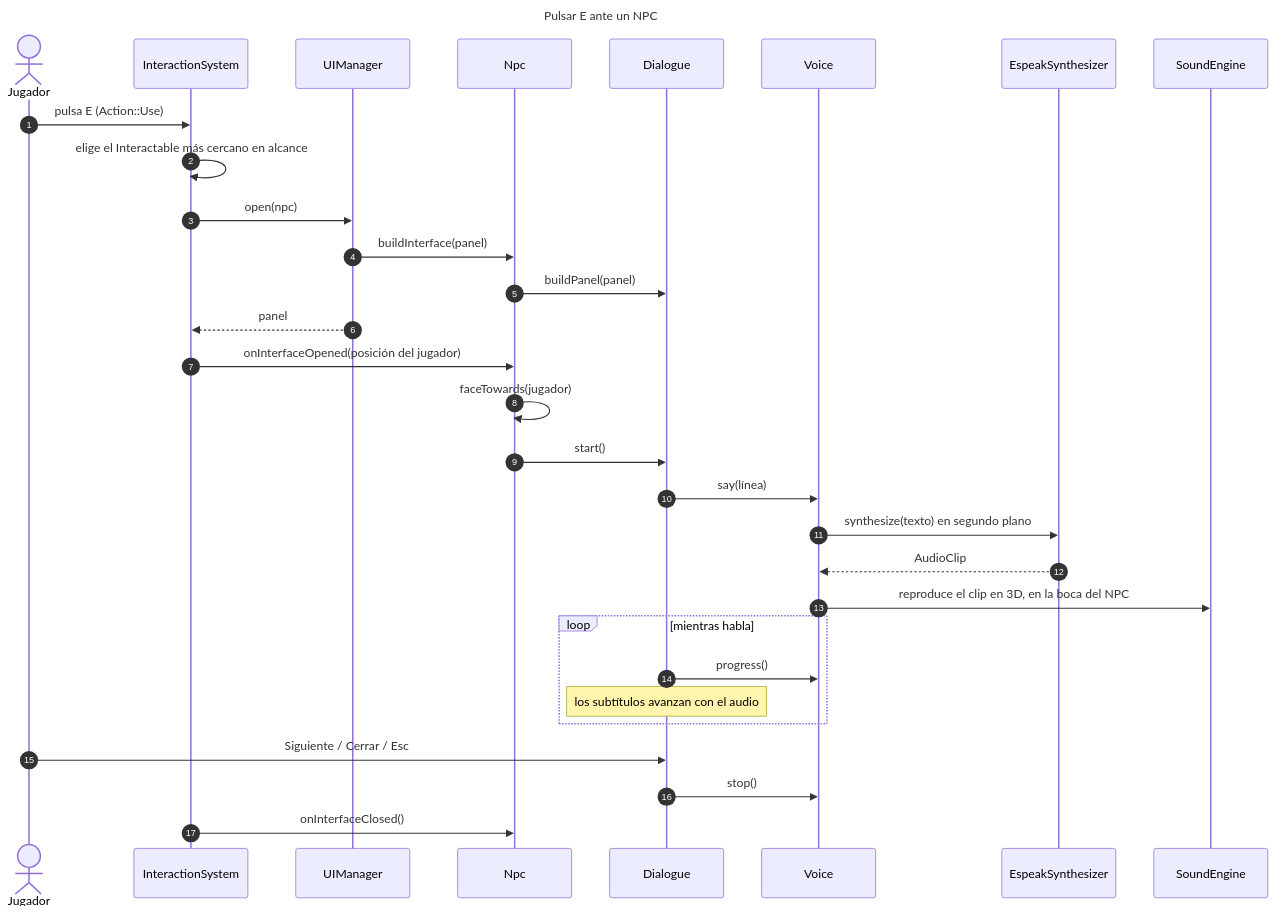
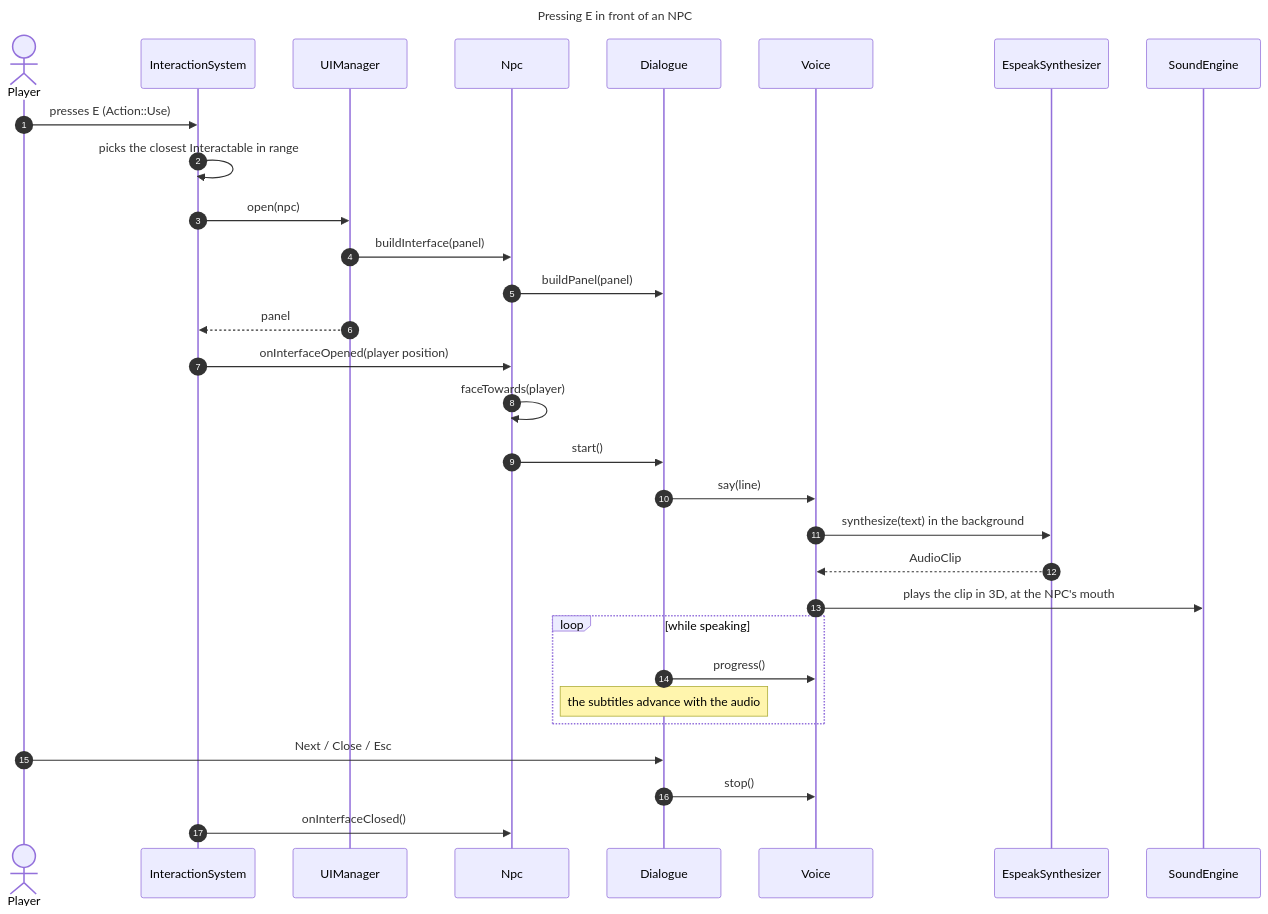
One commit to Joselitus/3Dengine changed diagram 11 of 12 in docs/UML.md. Above: the diagram before and after it, drawn with Mermaid. The commit also changed other lines of this file and 7 other files, not shown here.

````diff
--- a/docs/UML.md
+++ b/docs/UML.md
@@ -1292,36 +1558,36 @@
 ```mermaid
 ---
-title: Pulsar E ante un NPC
+title: Pressing E in front of an NPC
 ---
 sequenceDiagram
     autonumber
-    actor J as Jugador
+    actor J as Player
     participant I as InteractionSystem
     participant U as UIManager
     participant N as Npc
     participant D as Dialogue
     participant V as Voice
     participant E as EspeakSynthesizer
     participant A as SoundEngine
 
-    J->>I: pulsa E (Action::Use)
-    I->>I: elige el Interactable más cercano en alcance
+    J->>I: presses E (Action::Use)
+    I->>I: picks the closest Interactable in range
     I->>U: open(npc)
     U->>N: buildInterface(panel)
     N->>D: buildPanel(panel)
     U-->>I: panel
-    I->>N: onInterfaceOpened(posición del jugador)
-    N->>N: faceTowards(jugador)
+    I->>N: onInterfaceOpened(player position)
+    N->>N: faceTowards(player)
     N->>D: start()
-    D->>V: say(línea)
-    V->>E: synthesize(texto) en segundo plano
+    D->>V: say(line)
+    V->>E: synthesize(text) in the background
     E-->>V: AudioClip
-    V->>A: reproduce el clip en 3D, en la boca del NPC
-    loop mientras habla
+    V->>A: plays the clip in 3D, at the NPC's mouth
+    loop while speaking
         D->>V: progress()
-        Note over D: los subtítulos avanzan con el audio
+        Note over D: the subtitles advance with the audio
     end
-    J->>D: Siguiente / Cerrar / Esc
+    J->>D: Next / Close / Esc
     D->>V: stop()
     I->>N: onInterfaceClosed()
 ```
````
